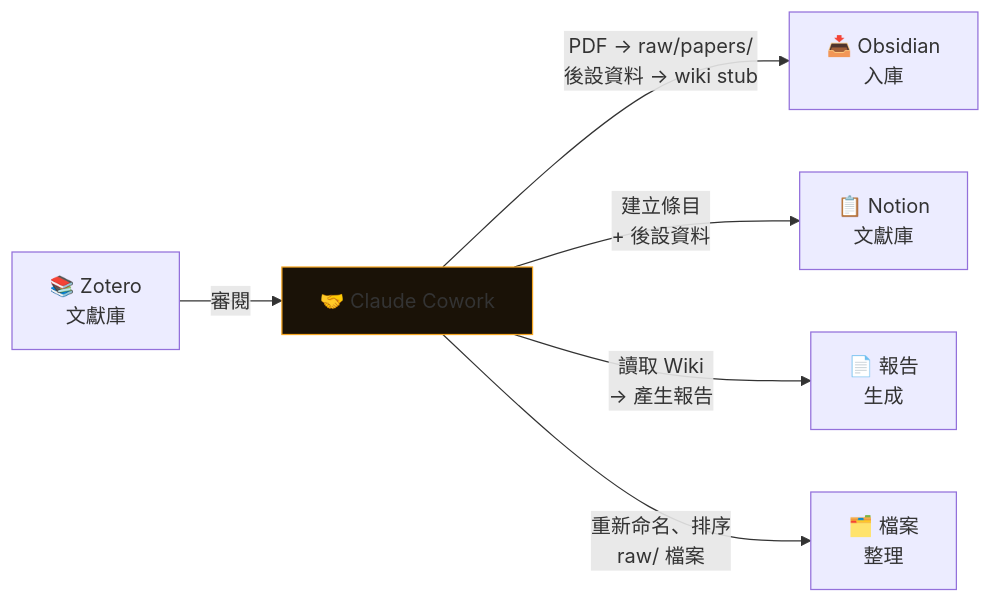
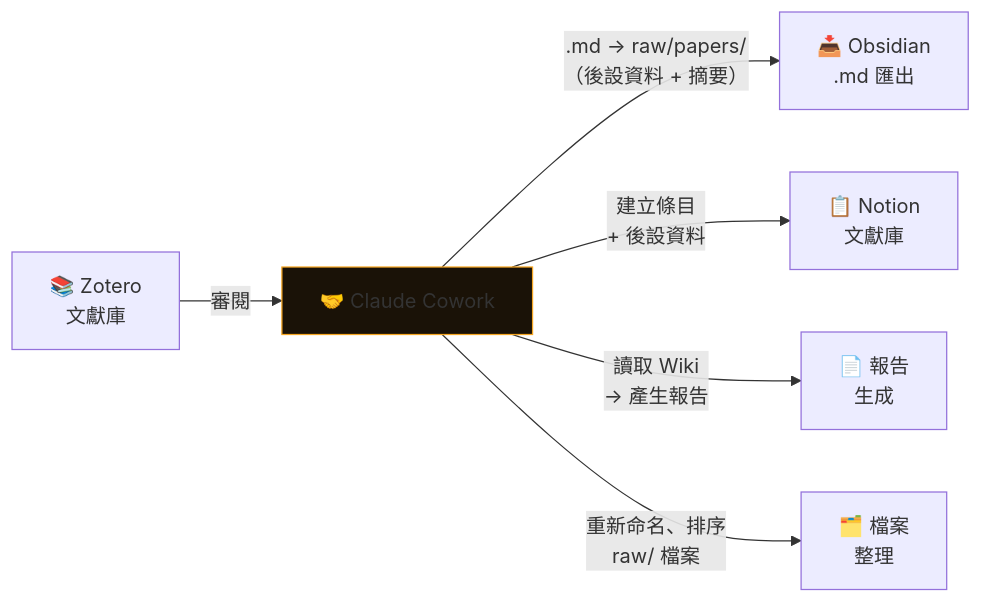
The sixth of 7 diagrams in README-zh-tw.md (omankz/Hermes-Agent---Claude-Cowork---Notion---Obsidian), drawn with Mermaid before and after one commit. The commit also changed other lines of this file, not shown here.

````diff
--- a/README-zh-tw.md
+++ b/README-zh-tw.md
@@ -703,12 +704,12 @@
 ```mermaid
 flowchart LR
     ZT["📚 Zotero\n文獻庫"]
     CC["🤝 Claude Cowork"]
     ZT -->|"審閱"| CC
-    CC -->|"PDF → raw/papers/\n後設資料 → wiki stub"| ACQ["📥 Obsidian\n入庫"]
+    CC -->|".md → raw/papers/\n（後設資料 + 摘要）"| ACQ["📥 Obsidian\n.md 匯出"]
     CC -->|"建立條目\n+ 後設資料"| NT2["📋 Notion\n文獻庫"]
     CC -->|"讀取 Wiki\n→ 產生報告"| REP["📄 報告\n生成"]
     CC -->|"重新命名、排序\nraw/ 檔案"| ORG["🗂️ 檔案\n整理"]
 
     style CC fill:#1a1207,stroke:#f5a623
 ```
````
